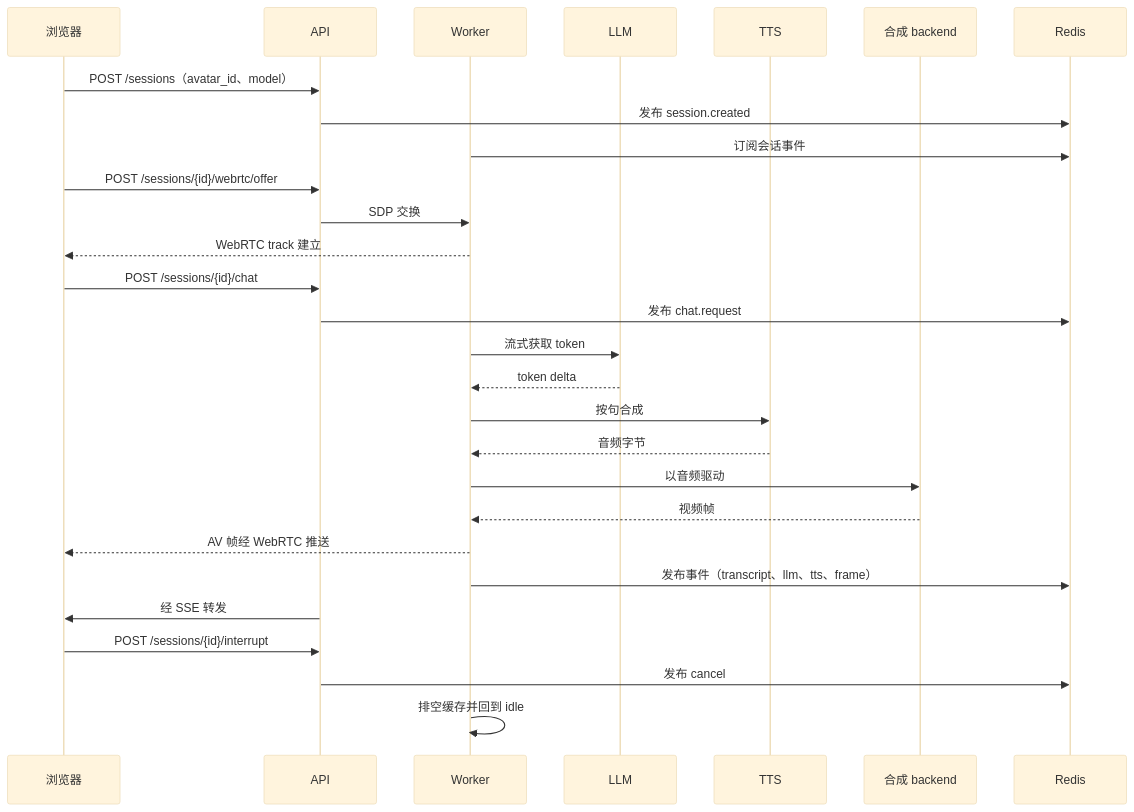
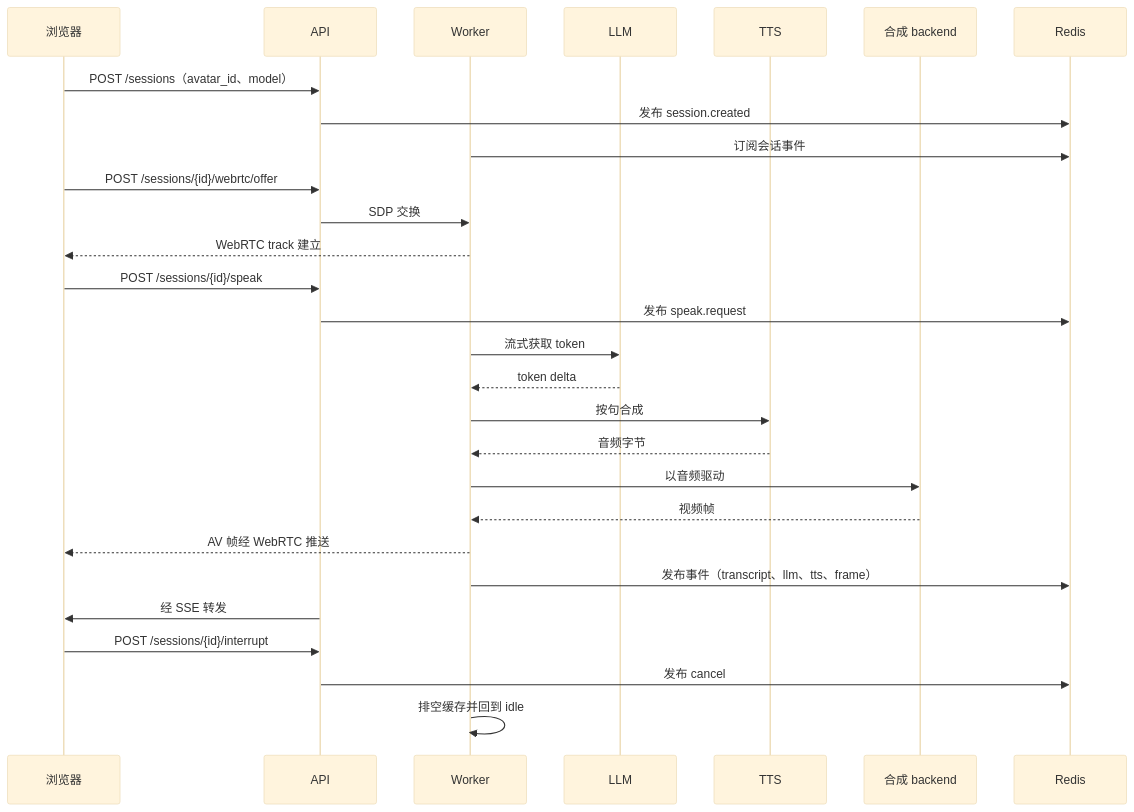
One commit to datascale-ai/opentalking changed the third of 3 diagrams in docs/zh/developer-guide/architecture.md. Above: the diagram before and after it, drawn with Mermaid (base theme). The commit also changed other lines of this file and 50 other files, not shown here.

````diff
--- a/docs/zh/developer-guide/architecture.md
+++ b/docs/zh/developer-guide/architecture.md
@@ -78,33 +78,33 @@
 ```mermaid
 sequenceDiagram
     participant Browser as 浏览器
     participant API
     participant Worker
     participant LLM
     participant TTS
     participant Model as 合成 backend
     participant Redis
 
     Browser->>API: POST /sessions（avatar_id、model）
     API->>Redis: 发布 session.created
     Worker->>Redis: 订阅会话事件
     Browser->>API: POST /sessions/{id}/webrtc/offer
     API->>Worker: SDP 交换
     Worker-->>Browser: WebRTC track 建立
 
-    Browser->>API: POST /sessions/{id}/chat
-    API->>Redis: 发布 chat.request
+    Browser->>API: POST /sessions/{id}/speak
+    API->>Redis: 发布 speak.request
     Worker->>LLM: 流式获取 token
     LLM-->>Worker: token delta
     Worker->>TTS: 按句合成
     TTS-->>Worker: 音频字节
     Worker->>Model: 以音频驱动
     Model-->>Worker: 视频帧
     Worker-->>Browser: AV 帧经 WebRTC 推送
     Worker->>Redis: 发布事件（transcript、llm、tts、frame）
     API->>Browser: 经 SSE 转发
 
     Browser->>API: POST /sessions/{id}/interrupt
     API->>Redis: 发布 cancel
     Worker->>Worker: 排空缓存并回到 idle
 ```
````
